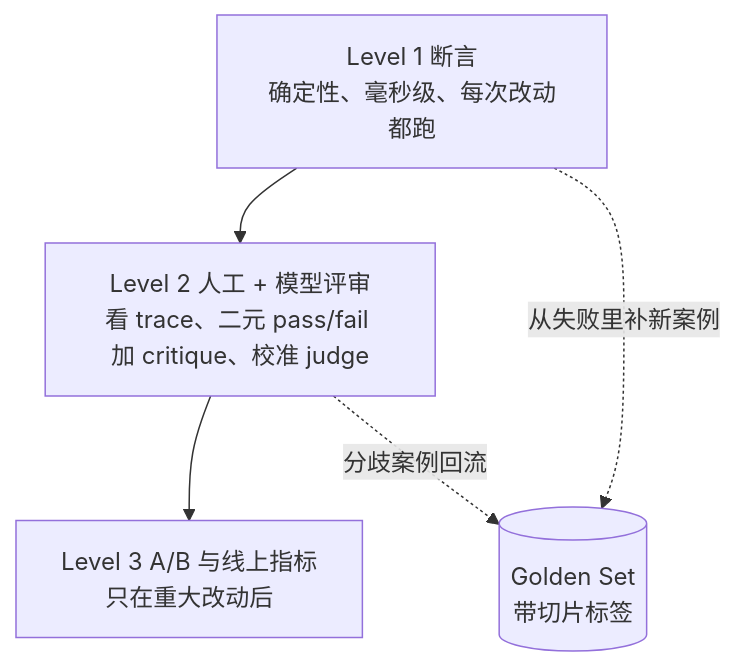
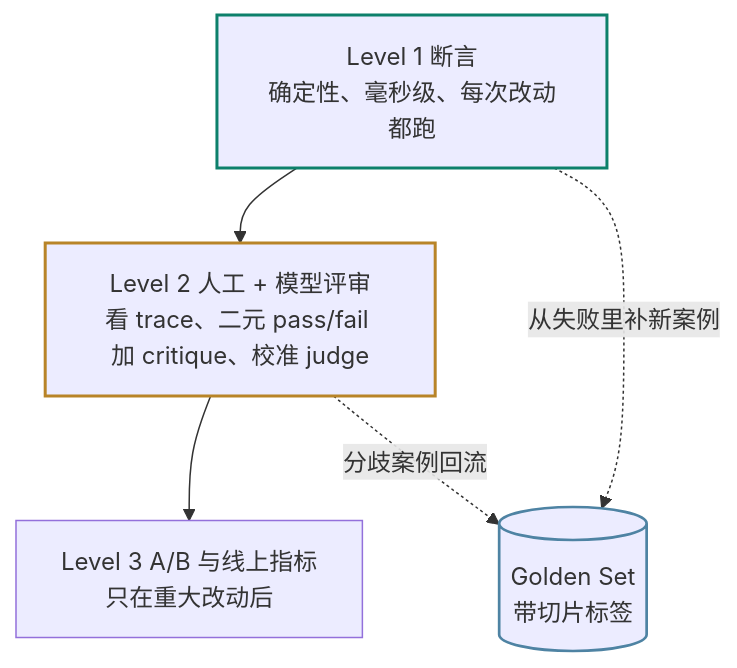
One commit to lance2016/ai-app-engineering changed the first of 2 diagrams in lessons/evaluation/README.md. Above: the diagram before and after it, drawn with Mermaid. The commit also changed other lines of this file and 21 other files, not shown here.

````diff
--- a/lessons/evaluation/README.md
+++ b/lessons/evaluation/README.md
@@ -33,7 +33,13 @@
 ```mermaid
 flowchart TB
+    classDef runtime stroke:#0d806b,stroke-width:2px
+    classDef data stroke:#4e83a3,stroke-width:1.8px
+    classDef human stroke:#b88428,stroke-width:2px
     L1["Level 1 断言<br/>确定性、毫秒级、每次改动都跑"] --> L2["Level 2 人工 + 模型评审<br/>看 trace、二元 pass/fail 加 critique、校准 judge"]
     L2 --> L3["Level 3 A/B 与线上指标<br/>只在重大改动后"]
     L1 -. 从失败里补新案例 .-> G[(Golden Set<br/>带切片标签)]
     L2 -. 分歧案例回流 .-> G
+    class L1 runtime
+    class L2 human
+    class G data
 ```
````
